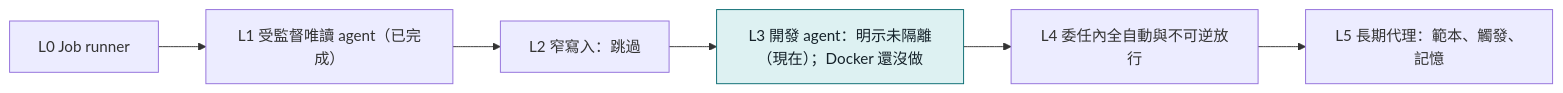
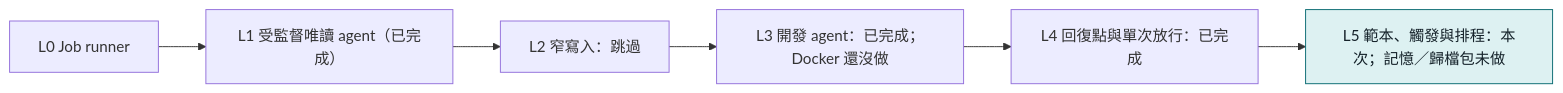
Before and after one commit to moerasermax/tkflyc-ai-cli: diagram 13 of 13 in docs/ai-cli_kernel/技術手冊.md, drawn with Mermaid. The commit also changed other lines of this file and 8 other files, not shown here.

````diff
--- a/docs/ai-cli_kernel/技術手冊.md
+++ b/docs/ai-cli_kernel/技術手冊.md
@@ -611,5 +611,5 @@
 ```mermaid
 flowchart LR
-  L0["L0 Job runner"] --> L1["L1 受監督唯讀 agent（已完成）"] --> L2["L2 窄寫入：跳過"] --> L3["L3 開發 agent：明示未隔離（現在）；Docker 還沒做"]:::now --> L4["L4 委任內全自動與不可逆放行"] --> L5["L5 長期代理：範本、觸發、記憶"]
+  L0["L0 Job runner"] --> L1["L1 受監督唯讀 agent（已完成）"] --> L2["L2 窄寫入：跳過"] --> L3["L3 開發 agent：已完成；Docker 還沒做"] --> L4["L4 回復點與單次放行：已完成"] --> L5["L5 範本、觸發與排程：本次；記憶／歸檔包未做"]:::now
   classDef now fill:#DDF1F2,stroke:#0A6B72,color:#15222A
 ```
````
